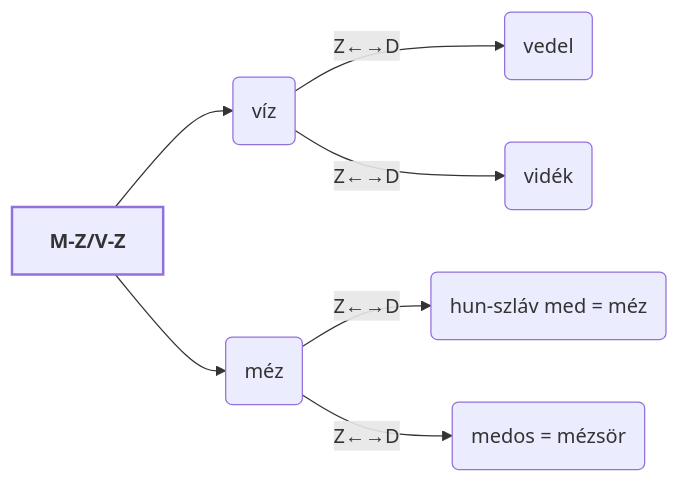
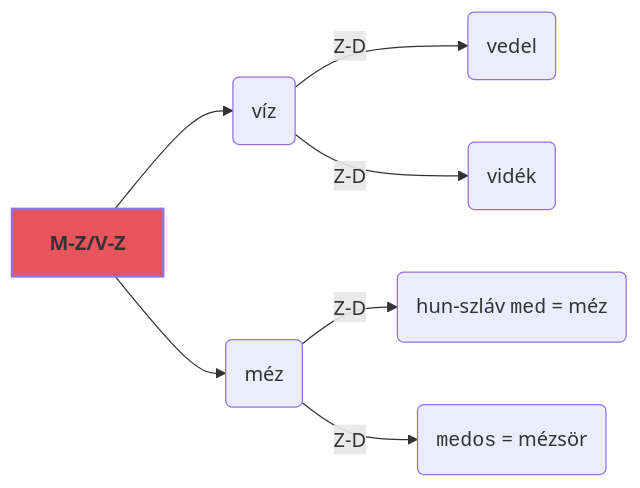
One commit to zanodor/TUDDASSTTARR changed the seventh of 11 diagrams in src/site/notes/B/Balk.md. Above: the diagram before and after it, drawn with Mermaid. The commit also changed other lines of this file, not shown here.

````diff
--- a/src/site/notes/B/Balk.md
+++ b/src/site/notes/B/Balk.md
@@ -65,14 +97,14 @@
 ```mermaid
 flowchart LR
 head[<b>M-Z/V-Z</b>]
 lvl2_a("víz")
 lvl2_b("méz")
 lvl3_a("vedel")
 lvl3_b("vidék")
-lvl3_c("hun-szláv med = méz")
-lvl3_d("medos = mézsör")
+lvl3_c("hun-szláv <code>med</code> = méz")
+lvl3_d("<code>medos</code> = mézsör")
 head --> lvl2_a & lvl2_b
-lvl2_a -- Z←→D -->  lvl3_a & lvl3_b
-lvl2_b -- Z←→D -->  lvl3_c & lvl3_d
-style head stroke-width:2px,stroke-dasharray: 0
+lvl2_a -- "Z-D" -->  lvl3_a & lvl3_b
+lvl2_b -- "Z-D" -->  lvl3_c & lvl3_d
+style head fill:#e7545c,stroke-width:2px,stroke-dasharray: 0
 ```
````
